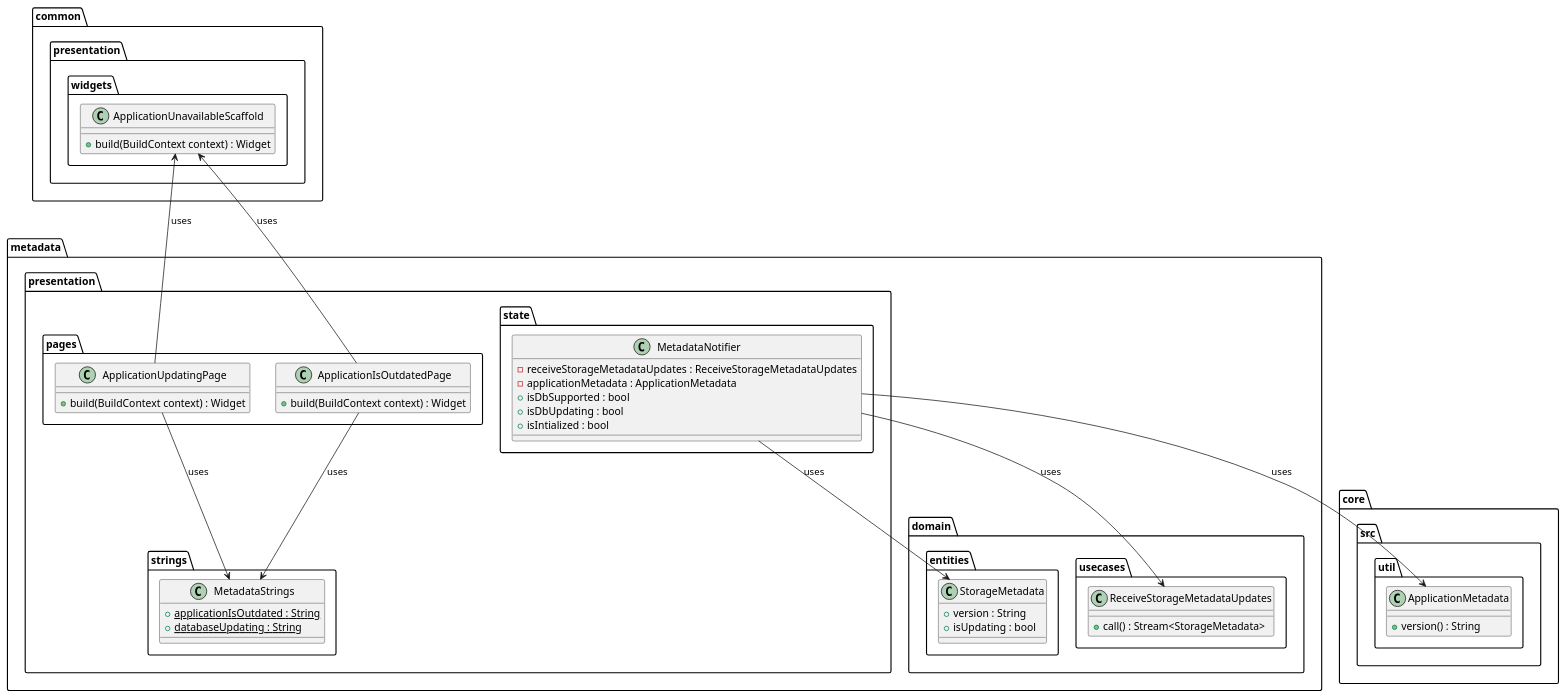
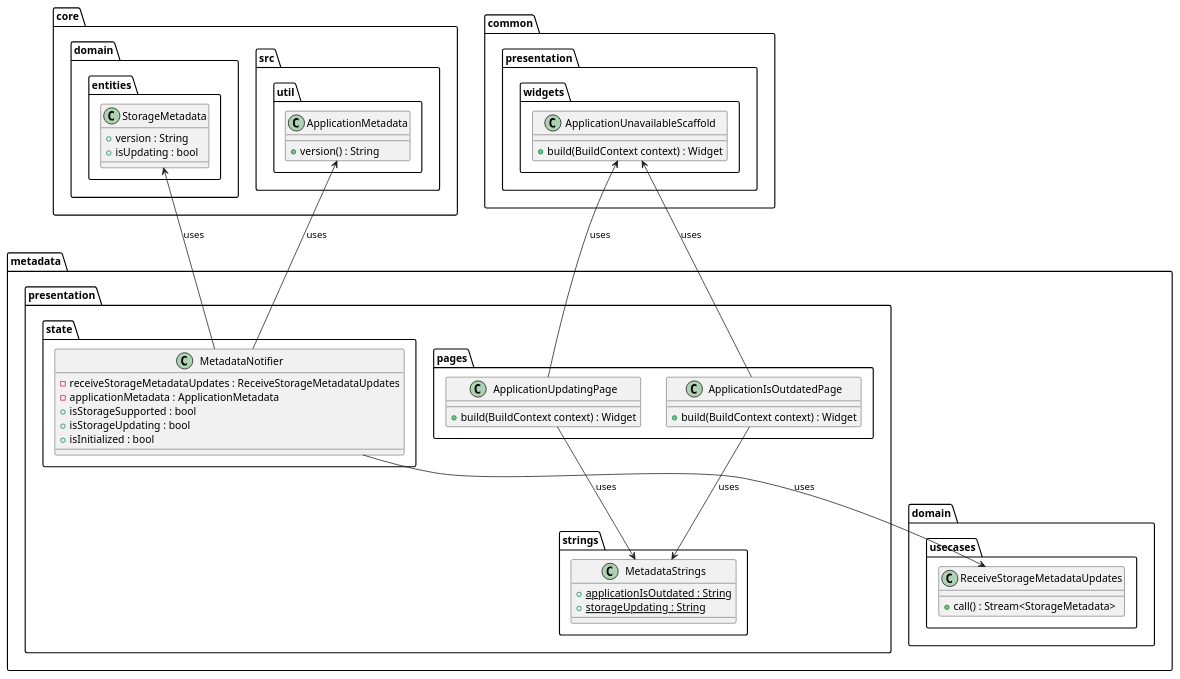
One commit to Flank/flank-dashboard changed the diagram in metrics/web/docs/features/supported_database_version/diagrams/metadata_presentation_class_diagram.puml. Above: the diagram before and after it, drawn with PlantUML. The commit also changed 5 other files, not shown here.

Commit message:
Fix web docs and diagrams contents

```diff
--- a/metrics/web/docs/features/supported_database_version/diagrams/metadata_presentation_class_diagram.puml
+++ b/metrics/web/docs/features/supported_database_version/diagrams/metadata_presentation_class_diagram.puml
@@ -1,71 +1,68 @@
 @startuml metadata_presentation_class_diagram
 
 package core.src.util {
     class ApplicationMetadata {
         + version() : String
     }
 }
 
 package common.presentation.widgets {
     class ApplicationUnavailableScaffold {
         + build(BuildContext context) : Widget
     }
 }
 
+package core.domain.entities {
+    class StorageMetadata {
+        + version : String
+        + isUpdating : bool
+    }
+}
+
 package metadata {
-    package domain {
-        package entities {
-            class StorageMetadata {
-                + version : String
-                + isUpdating : bool
-            }
-        }
-
-
-        package usecases {
-            class ReceiveStorageMetadataUpdates {
-                + call() : Stream<StorageMetadata>
-            }
+    package domain.usecases {
+        class ReceiveStorageMetadataUpdates {
+            + call() : Stream<StorageMetadata>
         }
     }
 
     package presentation {
         package state {
             class MetadataNotifier {
                 - receiveStorageMetadataUpdates : ReceiveStorageMetadataUpdates
                 - applicationMetadata : ApplicationMetadata
-                + isDbSupported : bool
-                + isDbUpdating : bool
-                + isIntialized : bool
+                + isStorageSupported : bool
+                + isStorageUpdating : bool
+                + isInitialized : bool
             }
         }
 
         package pages {
             class ApplicationUpdatingPage {
                 + build(BuildContext context) : Widget
             }
             class ApplicationIsOutdatedPage {
                 + build(BuildContext context) : Widget
             }
         }
 
         package strings {
             class MetadataStrings {
                 + {static} applicationIsOutdated : String
-                + {static} databaseUpdating : String
+                + {static} storageUpdating : String
             }
         }
     }
 }
 
 MetadataNotifier --> ApplicationMetadata : uses
 MetadataNotifier --> ReceiveStorageMetadataUpdates : uses
-MetadataNotifier --> StorageMetadata : uses
+MetadataNotifier -up-> StorageMetadata : uses
 
 ApplicationUpdatingPage --> MetadataStrings : uses
 ApplicationIsOutdatedPage --> MetadataStrings : uses
 
 ApplicationUpdatingPage -up-> ApplicationUnavailableScaffold : uses
 ApplicationIsOutdatedPage -up-> ApplicationUnavailableScaffold : uses
 
 @enduml
```
